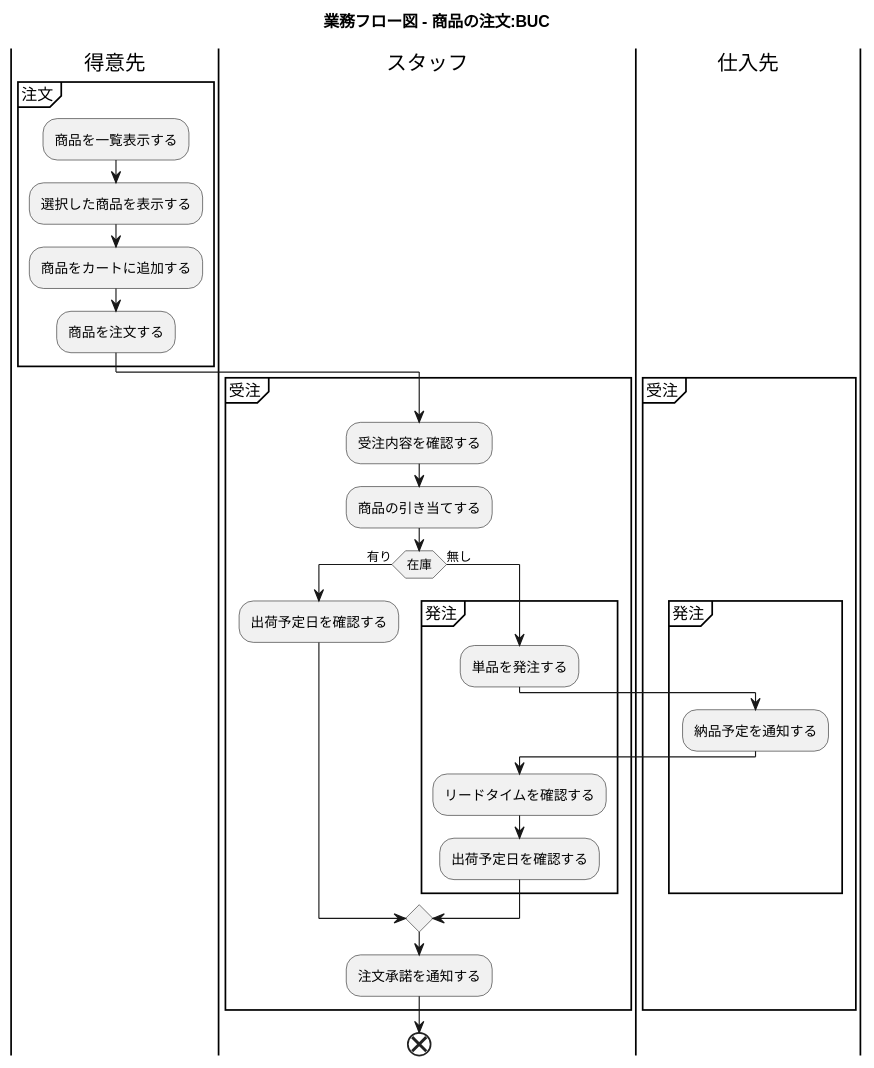
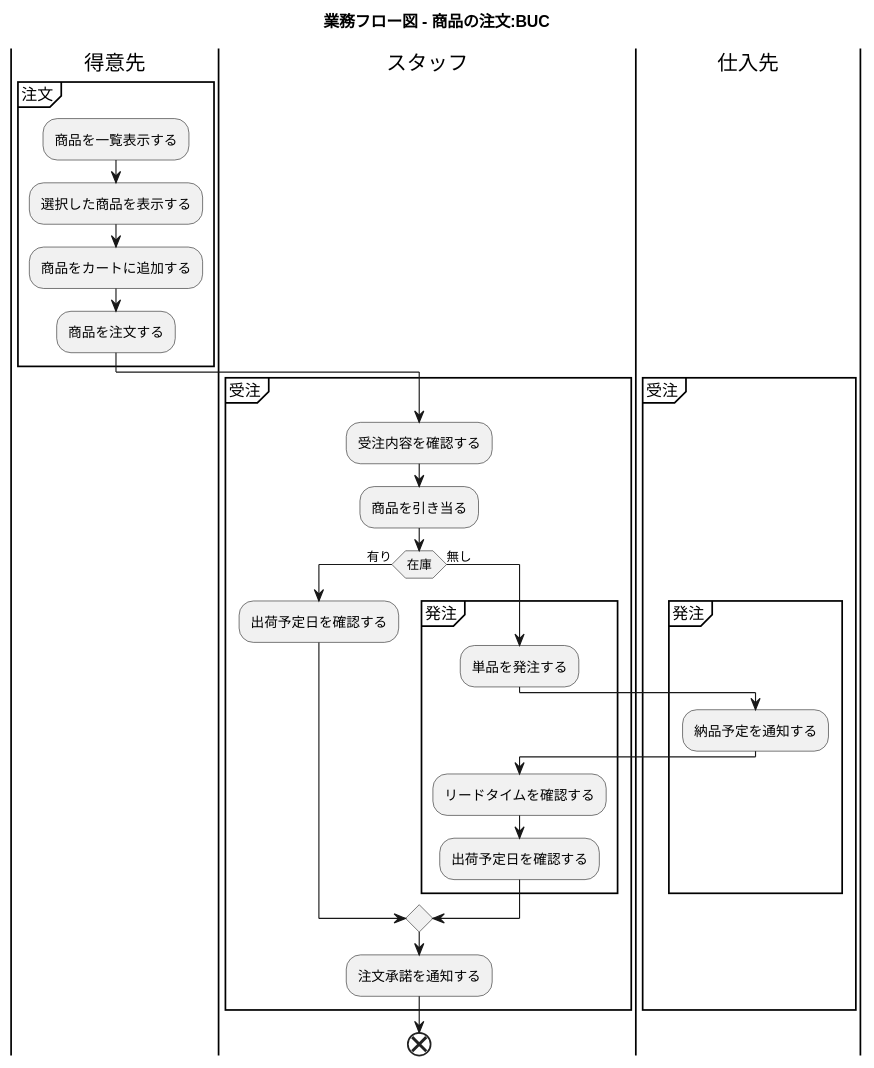
The eighth of 57 diagrams in docs/index.adoc (k2works/application_programing_excercise_2022), drawn with PlantUML before and after one commit. The commit also changed other lines of this file, not shown here.

```diff
--- a/docs/index.adoc
+++ b/docs/index.adoc
@@ -323,37 +323,37 @@
 [plantuml]
 ----
 @startuml
 
 title 業務フロー図 - 商品の注文:BUC
 
 |得意先|
 partition 注文 {
     :商品を一覧表示する;
     :選択した商品を表示する;
     :商品をカートに追加する;
     :商品を注文する;
 }
 
 |スタッフ|
 partition 受注 {
     :受注内容を確認する;
-    :商品の引き当てする;
+    :商品を引き当る;
     if (在庫) then (有り)
      :出荷予定日を確認する;
     else (無し)
      partition 発注 {
          :単品を発注する;
          |仕入先|
          :納品予定を通知する;
          |スタッフ|
          :リードタイムを確認する;
          :出荷予定日を確認する;
      }
     endif
     :注文承諾を通知する;
 }
 
 end
 
 @enduml
 ----
```
